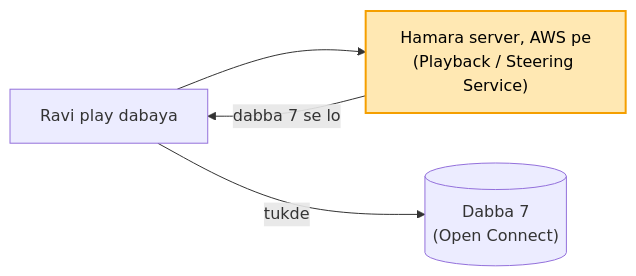
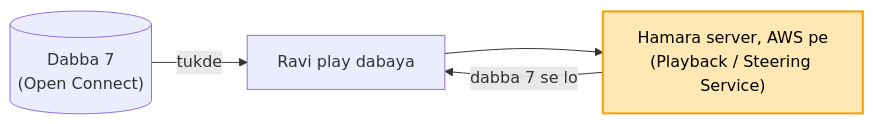
Before and after one commit to ArpanMaheshwari144/Prep: the fifth of 7 diagrams in 04_HLD/SYSTEM_DESIGNS/18_netflix/18_netflix.md, drawn with Mermaid. The commit also changed other lines of this file and 6 other files, not shown here.

Commit message:
HLD audit: Kafka kadam 6 me #501 maan lo, Netflix teer tukde ki disha me, 8 naye diagram (URL 6/11, RL 3, notif 4/6, leaderboard 4, ecom 3/5)

````diff
--- a/04_HLD/SYSTEM_DESIGNS/18_netflix/18_netflix.md
+++ b/04_HLD/SYSTEM_DESIGNS/18_netflix/18_netflix.md
@@ -131,7 +131,7 @@
 ```mermaid
 flowchart LR
     R["Ravi play dabaya"] --> P["Hamara server, AWS pe<br/>(Playback / Steering Service)"]
     P -- "dabba 7 se lo" --> R
-    R -- "tukde" --> B7[("Dabba 7<br/>(Open Connect)")]
+    B7[("Dabba 7<br/>(Open Connect)")] -- "tukde" --> R
     style P fill:#ffe8b3,stroke:#f59f00,stroke-width:2px,color:#000
 ```
````
